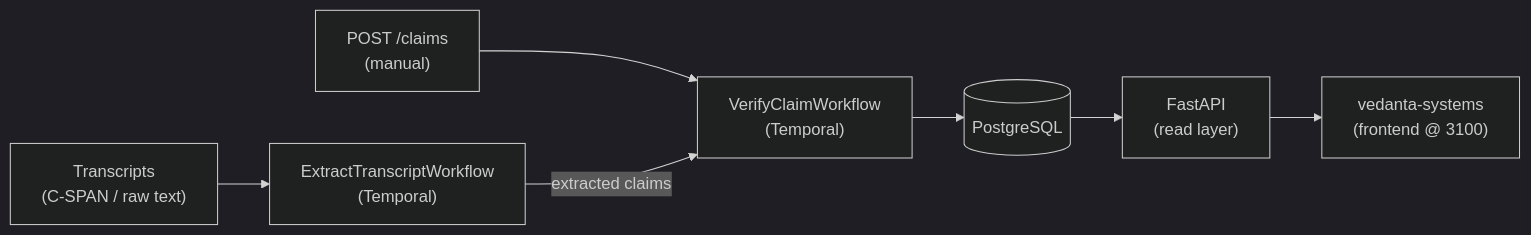
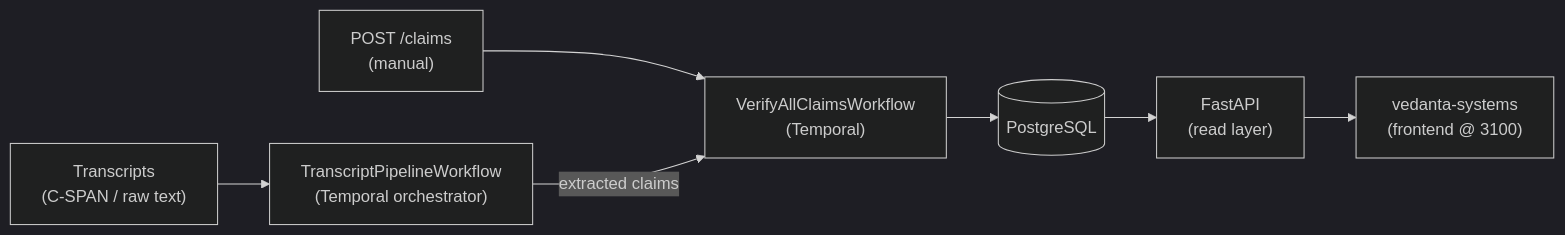
The first of 8 diagrams in ARCHITECTURE.md (vedantadhobley/spin-cycle), drawn with Mermaid (dark theme) before and after one commit. The commit also changed other lines of this file and 2 other files, not shown here.

First line of the commit message:
docs: update architecture for workflow split, archive rubric plan

````diff
--- a/ARCHITECTURE.md
+++ b/ARCHITECTURE.md
@@ -7,9 +7,9 @@
 ```mermaid
 flowchart LR
-    T["Transcripts\n(C-SPAN / raw text)"] --> TW["ExtractTranscriptWorkflow\n(Temporal)"]
+    T["Transcripts\n(C-SPAN / raw text)"] --> TW["TranscriptPipelineWorkflow\n(Temporal orchestrator)"]
     API["POST /claims\n(manual)"] --> VW
-    TW --> |"extracted claims"| VW["VerifyClaimWorkflow\n(Temporal)"]
+    TW --> |"extracted claims"| VW["VerifyAllClaimsWorkflow\n(Temporal)"]
     VW --> DB[(PostgreSQL)]
     DB --> FastAPI["FastAPI\n(read layer)"]
     FastAPI --> FE["vedanta-systems\n(frontend @ 3100)"]
 ```
````
